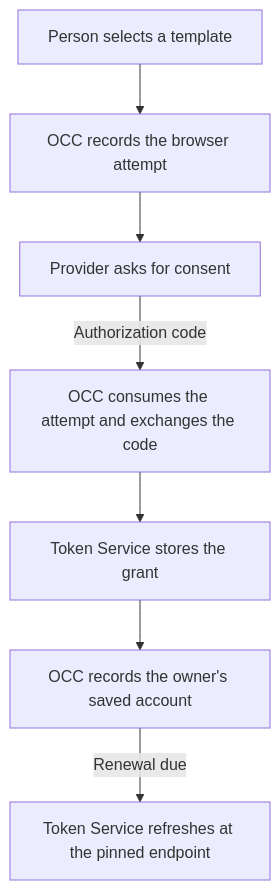
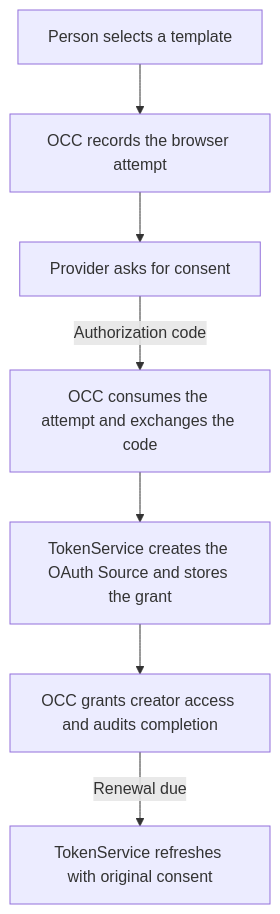
The second of 2 diagrams in docs/flows/connection-templates.md (openclaw/openclaw-enterprise), drawn with Mermaid before and after one commit. The commit also changed other lines of this file and 111 other files, not shown here.

Commit message:
Make TokenService own canonical static and OAuth Sources

````diff
--- a/docs/flows/connection-templates.md
+++ b/docs/flows/connection-templates.md
@@ -36,9 +36,9 @@
 ```mermaid
 graph TD
   Start["Person selects a template"] --> Attempt["OCC records the browser attempt"]
   Attempt --> Provider["Provider asks for consent"]
   Provider -->|Authorization code| Callback["OCC consumes the attempt and exchanges the code"]
-  Callback --> Custody["Token Service stores the grant"]
-  Custody --> Account["OCC records the owner's saved account"]
-  Account -->|Renewal due| Renew["Token Service refreshes at the pinned endpoint"]
+  Callback --> Custody["TokenService creates the OAuth Source and stores the grant"]
+  Custody --> IAM["OCC grants creator access and audits completion"]
+  IAM -->|Renewal due| Renew["TokenService refreshes with original consent"]
 ```
````
